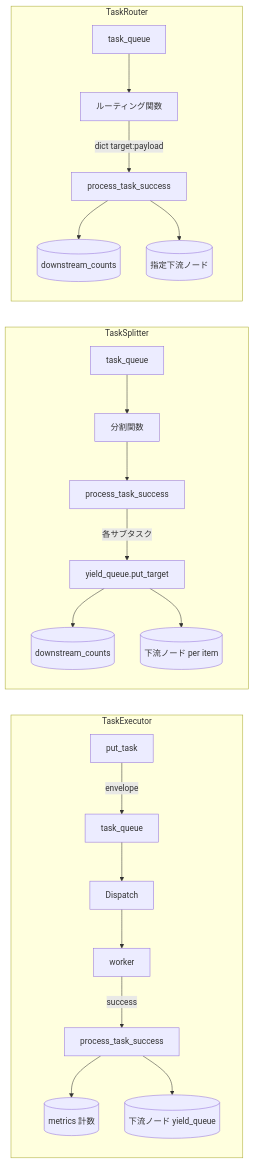
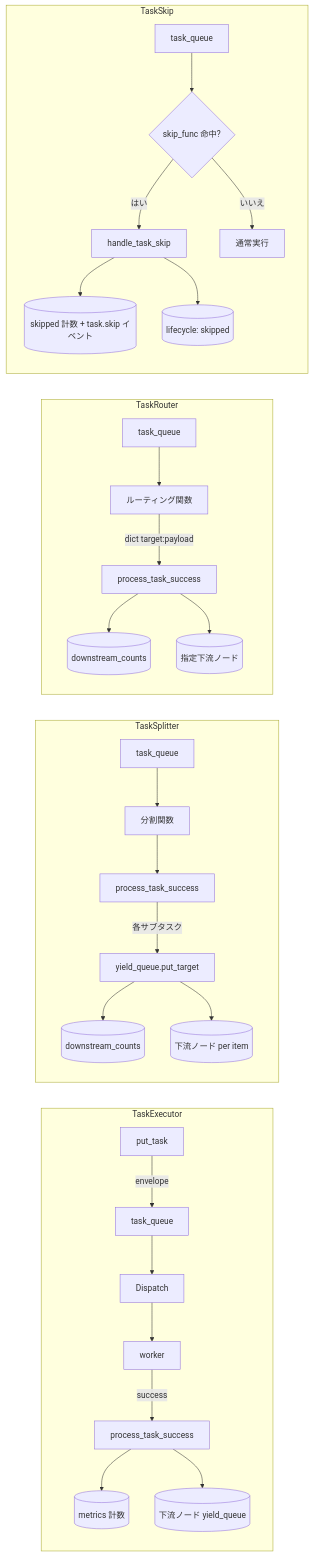
Before and after one commit to Mr-xiaotian/CelestialFlow: the diagram in docs/ja/tests/node/test_nodes.md, drawn with Mermaid. The commit also changed other lines of this file and 169 other files, not shown here.

````diff
--- a/docs/ja/tests/node/test_nodes.md
+++ b/docs/ja/tests/node/test_nodes.md
@@ -66,26 +81,34 @@
 ```mermaid
 flowchart LR
     subgraph "TaskExecutor"
         PutTask[put_task] -->|envelope| Q[task_queue]
         Q --> D[Dispatch]
         D --> W[worker]
         W -->|success| SP[process_task_success]
         SP --> Counter[(metrics 計数)]
         SP --> Downstream[(下流ノード yield_queue)]
     end
 
     subgraph "TaskSplitter"
         Q2[task_queue] --> DS[分割関数]
         DS --> PSR[process_task_success]
         PSR -->|各サブタスク| PSR_put[yield_queue.put_target]
         PSR_put --> SC[(downstream_counts)]
         PSR_put --> Down2[(下流ノード per item)]
     end
 
     subgraph "TaskRouter"
         Q3[task_queue] --> DR[ルーティング関数]
         DR -->|dict target:payload| PR[process_task_success]
         PR --> RC[(downstream_counts)]
         PR --> Down3[(指定下流ノード)]
     end
+
+    subgraph "TaskSkip"
+        Q4[task_queue] --> Skip{skip_func 命中?}
+        Skip -- はい --> HTS[handle_task_skip]
+        HTS --> SK[(skipped 計数 + task.skip イベント)]
+        HTS --> SkDB[(lifecycle: skipped)]
+        Skip -- いいえ --> Exec[通常実行]
+    end
 ```
````
